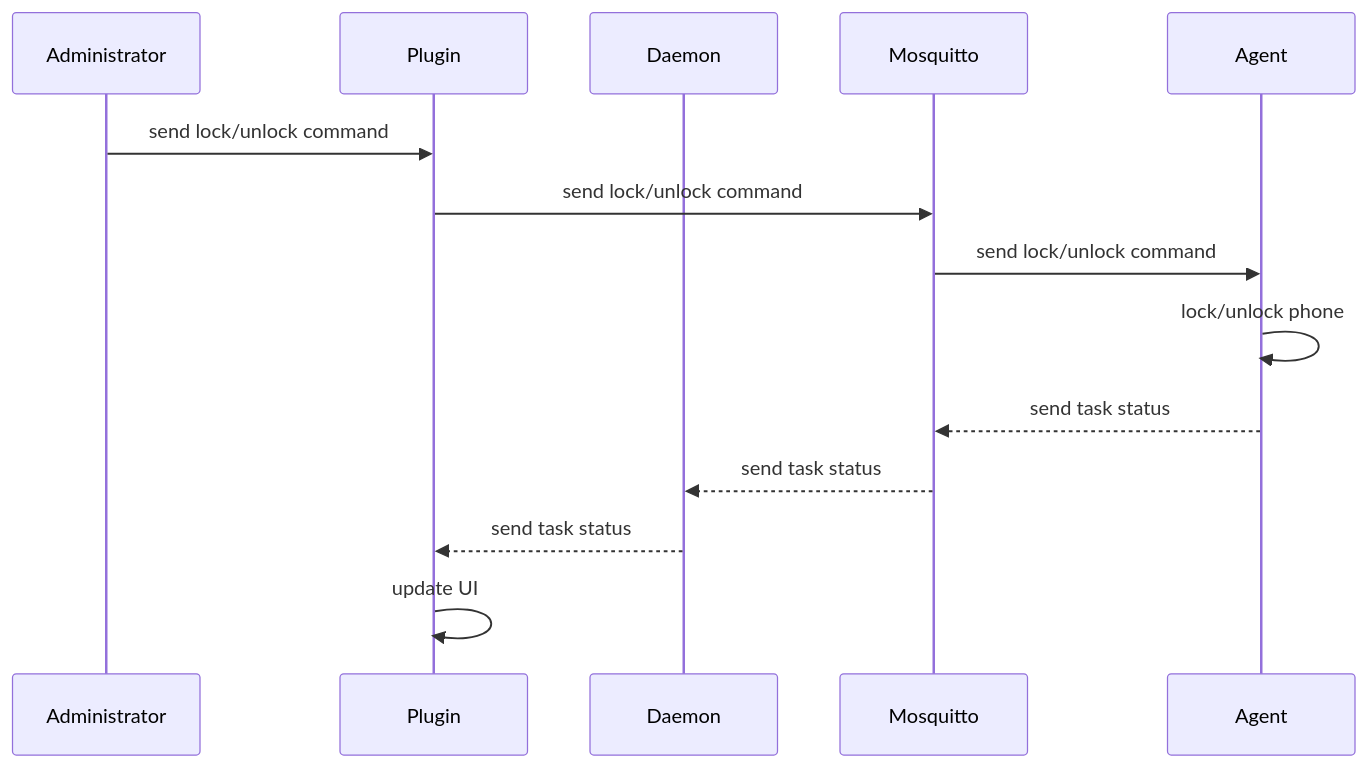
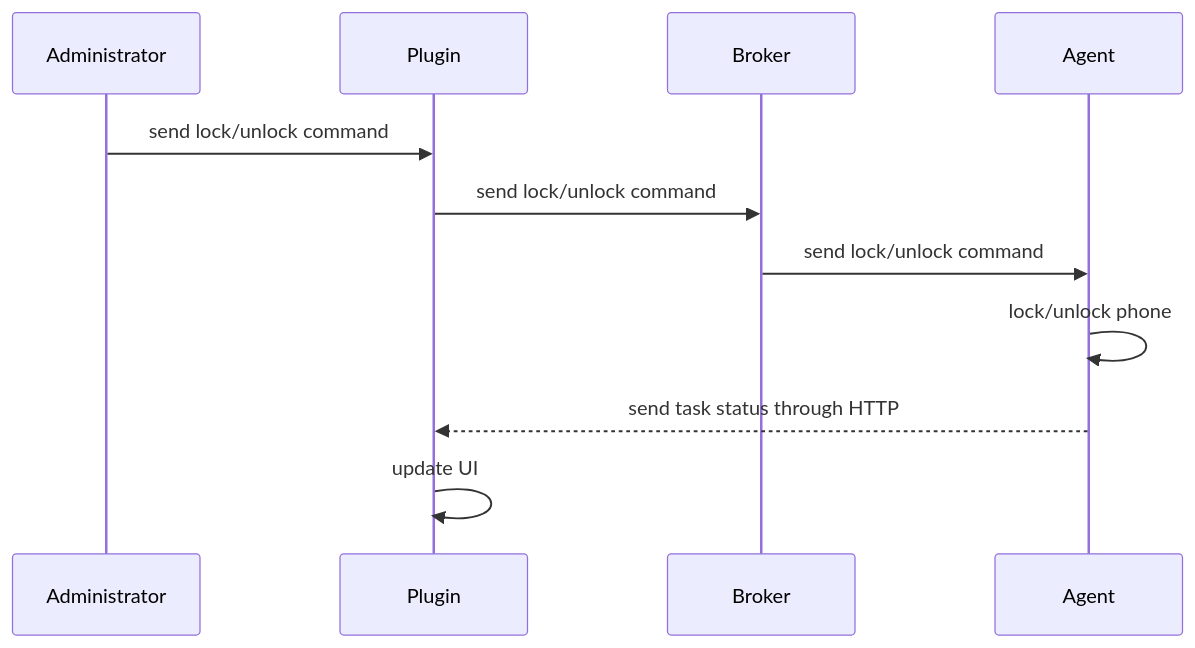
Before and after one commit to flyve-mdm/doc: diagram 11 of 14 in source/contribute/diagrams.rst, drawn with Mermaid. The commit also changed other lines of this file, not shown here.

First line of the commit message:
docs(uml): add fcm diagrams

```diff
--- a/source/contribute/diagrams.rst
+++ b/source/contribute/diagrams.rst
@@ -188,16 +232,13 @@
 .. mermaid::
 
    sequenceDiagram
     participant A as Administrator
     participant P as Plugin
-    participant D as Daemon
-    participant M as Mosquitto
+    participant B as Broker
     participant Ag as Agent
     A->>P: send lock/unlock command
-    P->>M: send lock/unlock command
-    M->>Ag: send lock/unlock command
+    P->>B: send lock/unlock command
+    B->>Ag: send lock/unlock command
     Ag->>Ag: lock/unlock phone
-    Ag-->>M: send task status
-    M-->>D: send task status
-    D-->>P: send task status
+    Ag-->>P: send task status through HTTP
     P->>P: update UI
```
